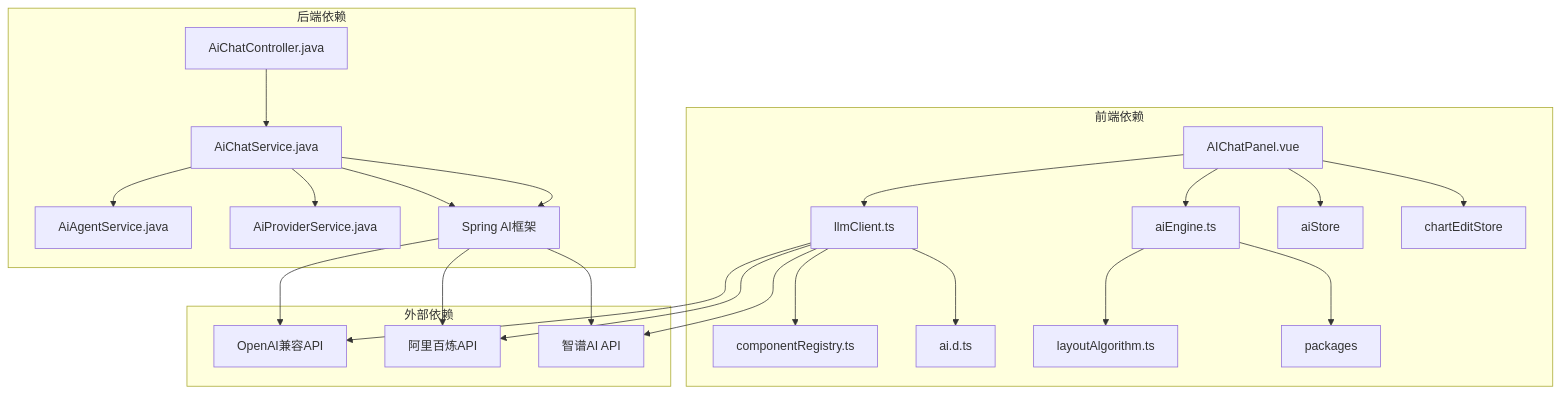
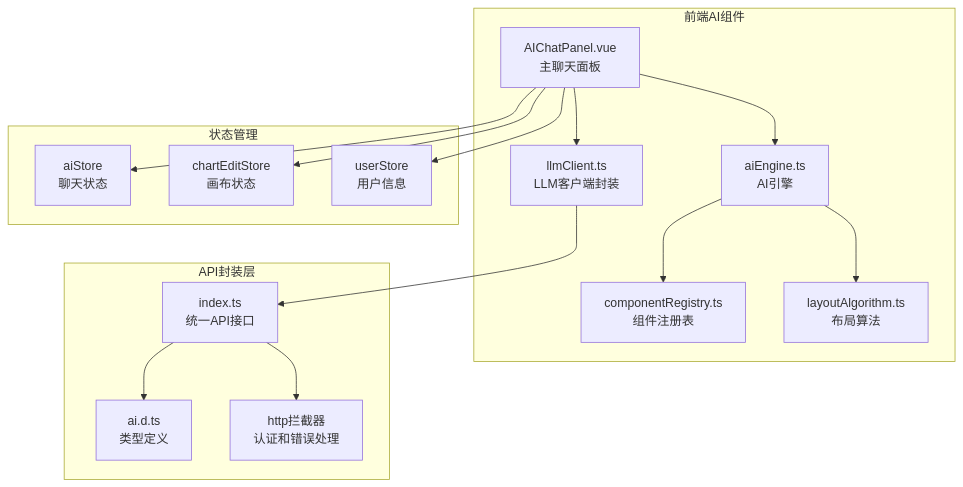
Before and after one commit to yaomindong1996/forge-admin: the eighth of 8 diagrams in .qoder/repowiki/zh/content/AI聊天对话功能.md, drawn with Mermaid. The commit also changed other lines of this file and 56 other files, not shown here.

````diff
--- a/.qoder/repowiki/zh/content/AI聊天对话功能.md
+++ b/.qoder/repowiki/zh/content/AI聊天对话功能.md
@@ -329,31 +547,30 @@
 ```mermaid
 graph TB
-subgraph "前端依赖"
-A[AIChatPanel.vue] --> B[llmClient.ts]
-A --> C[aiEngine.ts]
-B --> D[componentRegistry.ts]
-B --> E[ai.d.ts]
-C --> F[layoutAlgorithm.ts]
-C --> G[packages]
-A --> H[aiStore]
-A --> I[chartEditStore]
+subgraph "前端AI组件"
+A[AIChatPanel.vue<br/>主聊天面板]
+B[llmClient.ts<br/>LLM客户端封装]
+C[aiEngine.ts<br/>AI引擎]
+D[componentRegistry.ts<br/>组件注册表]
+E[layoutAlgorithm.ts<br/>布局算法]
 end
-subgraph "后端依赖"
-J[AiChatController.java] --> K[AiChatService.java]
-K --> L[AiAgentService.java]
-K --> M[AiProviderService.java]
-K --> N[Spring AI框架]
+subgraph "API封装层"
+F[index.ts<br/>统一API接口]
+G[ai.d.ts<br/>类型定义]
+H[http拦截器<br/>认证和错误处理]
 end
-subgraph "外部依赖"
-O[OpenAI兼容API]
-P[阿里百炼API]
-Q[智谱AI API]
+subgraph "状态管理"
+I[aiStore<br/>聊天状态]
+J[chartEditStore<br/>画布状态]
+K[userStore<br/>用户信息]
 end
-B --> O
-B --> P
-B --> Q
-K --> N
-N --> O
-N --> P
-N --> Q
+A --> B
+A --> C
+B --> F
+C --> D
+C --> E
+F --> G
+F --> H
+A --> I
+A --> J
+A --> K
 ```
````
